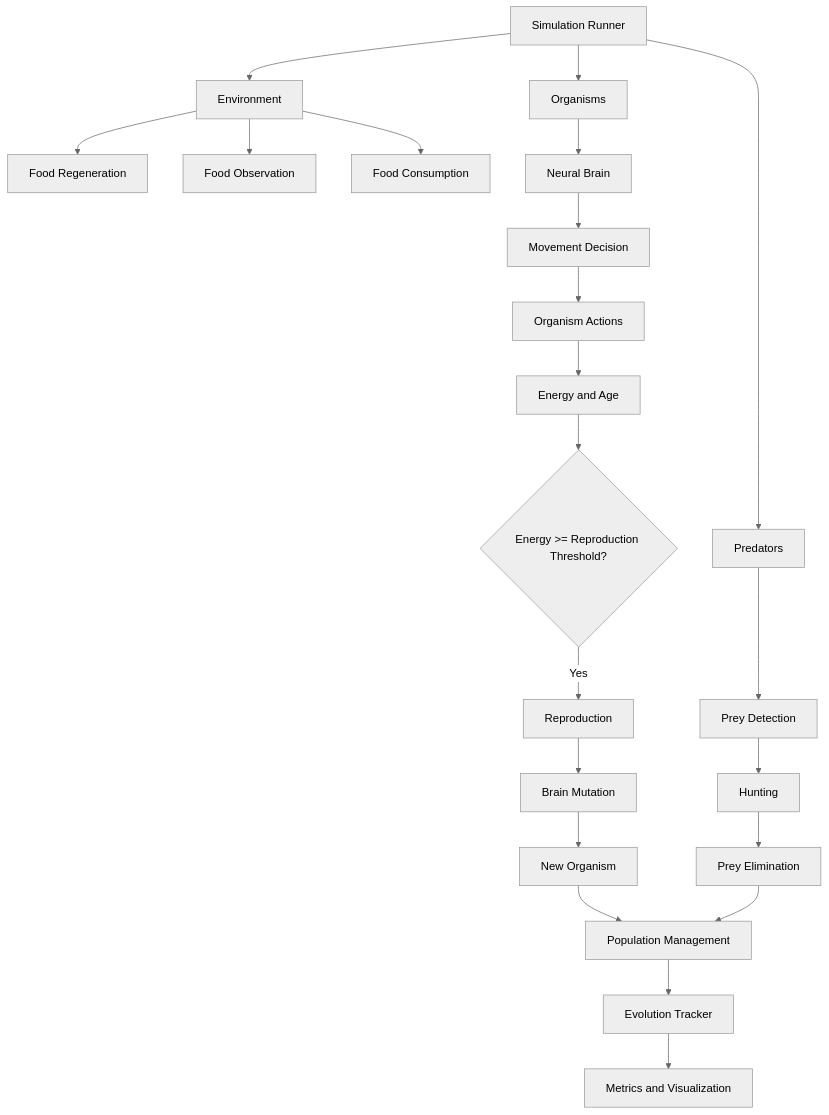
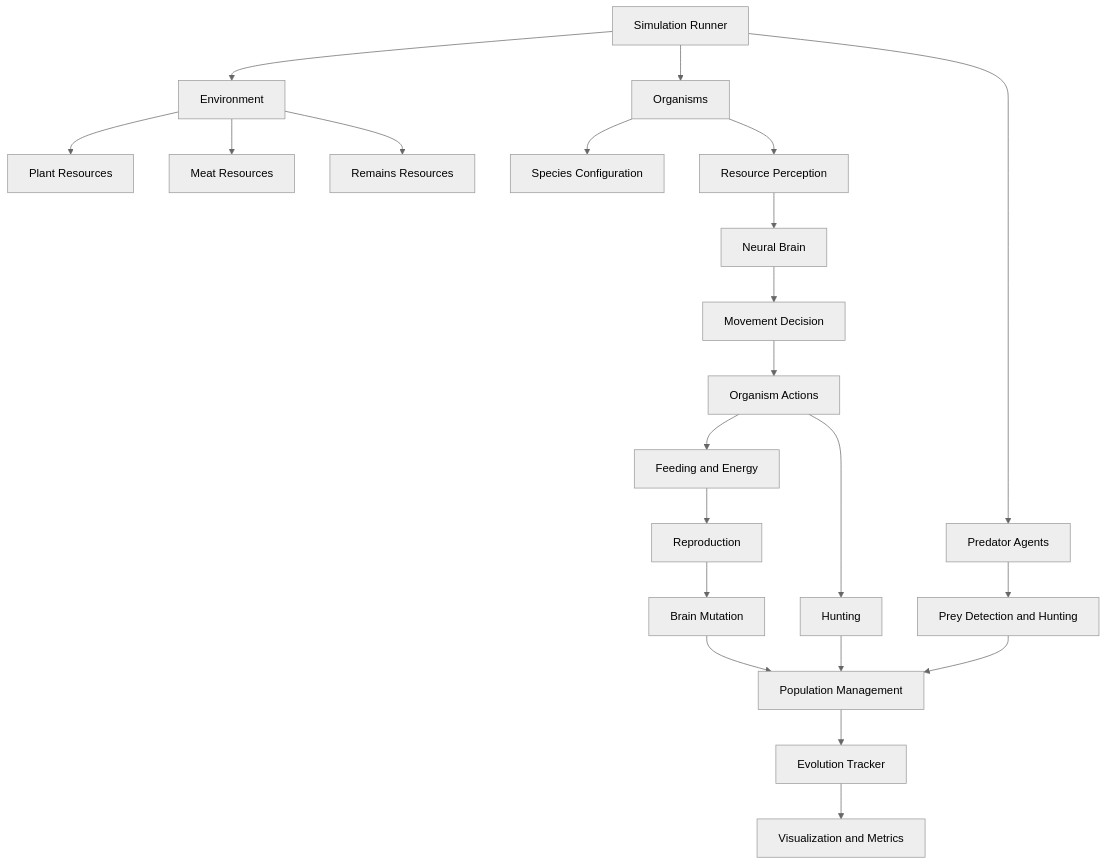
The first of 2 diagrams in README.md (maroofiums/Artificial-Life), drawn with Mermaid (neutral theme) before and after one commit. The commit also changed other lines of this file, not shown here.

Commit message:
Complete Version 2 multi-species ecosystem

````diff
--- a/README.md
+++ b/README.md
@@ -22,29 +36,30 @@
 ```mermaid
 flowchart TD
     A[Simulation Runner] --> B[Environment]
     A --> C[Organisms]
-    A --> D[Predators]
+    A --> D[Predator Agents]
 
-    B --> E[Food Regeneration]
-    B --> F[Food Observation]
-    B --> G[Food Consumption]
+    B --> E[Plant Resources]
+    B --> F[Meat Resources]
+    B --> G[Remains Resources]
 
-    C --> H[Neural Brain]
-    H --> I[Movement Decision]
-    I --> J[Organism Actions]
+    C --> H[Species Configuration]
+    C --> I[Resource Perception]
+    I --> J[Neural Brain]
+    J --> K[Movement Decision]
+    K --> L[Organism Actions]
 
-    J --> K[Energy and Age]
-    K --> L{Energy >= Reproduction Threshold?}
-    L -->|Yes| M[Reproduction]
-    M --> N[Brain Mutation]
-    N --> O[New Organism]
+    L --> M[Feeding and Energy]
+    L --> N[Hunting]
+    M --> O[Reproduction]
+    O --> P[Brain Mutation]
 
-    D --> P[Prey Detection]
-    P --> Q[Hunting]
-    Q --> R[Prey Elimination]
+    D --> Q[Prey Detection and Hunting]
 
-    O --> S[Population Management]
-    R --> S
-    S --> T[Evolution Tracker]
-    T --> U[Metrics and Visualization]
+    P --> R[Population Management]
+    N --> R
+    Q --> R
+
+    R --> S[Evolution Tracker]
+    S --> T[Visualization and Metrics]
 ```
````
